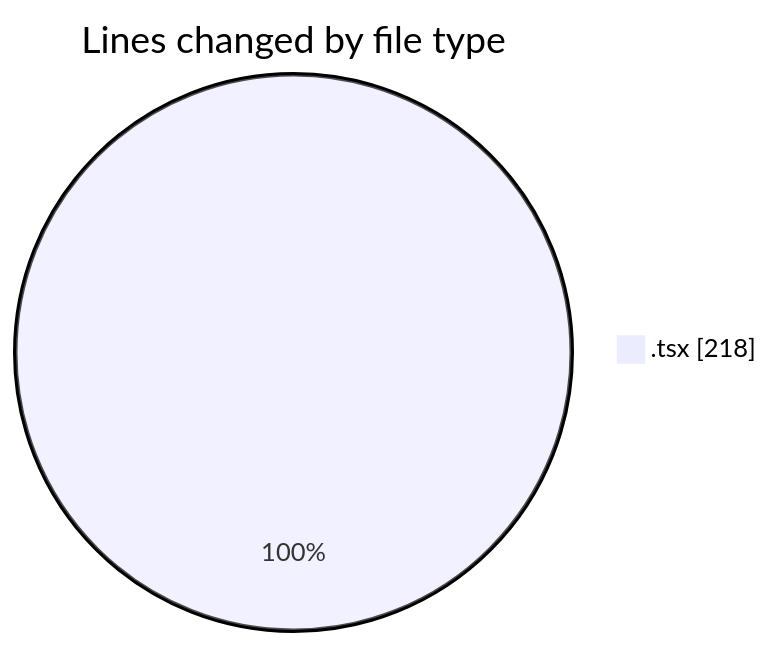
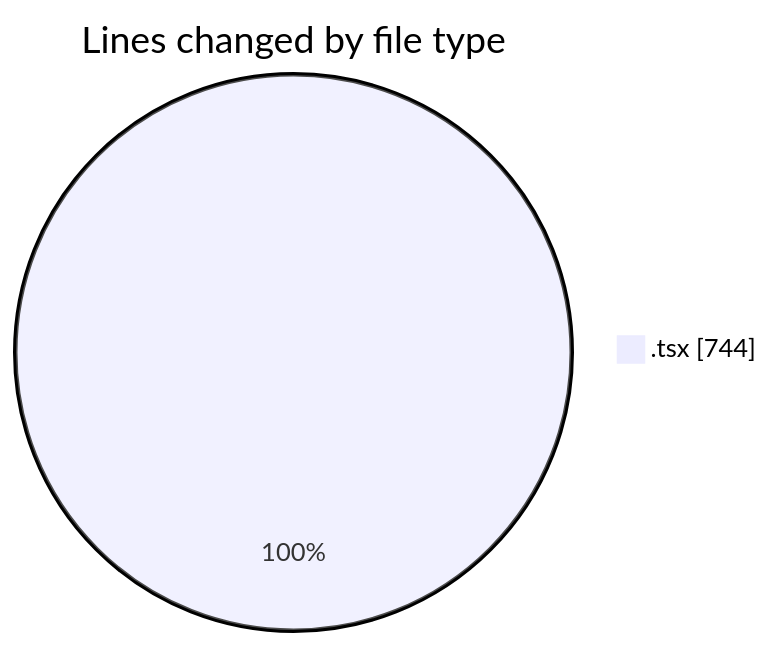
The first of 2 diagrams in 2026-06-12/nxtqube_webapp/README.md (nxtqubesakshisongat/code-tracking), drawn with Mermaid before and after one commit. The commit also changed other lines of this file and 1 other file, not shown here.

````diff
--- a/2026-06-12/nxtqube_webapp/README.md
+++ b/2026-06-12/nxtqube_webapp/README.md
@@ -22,5 +22,5 @@
 ```mermaid
 pie showData
 title Lines changed by file type
-".tsx" : 218
+".tsx" : 744
 ```
````
